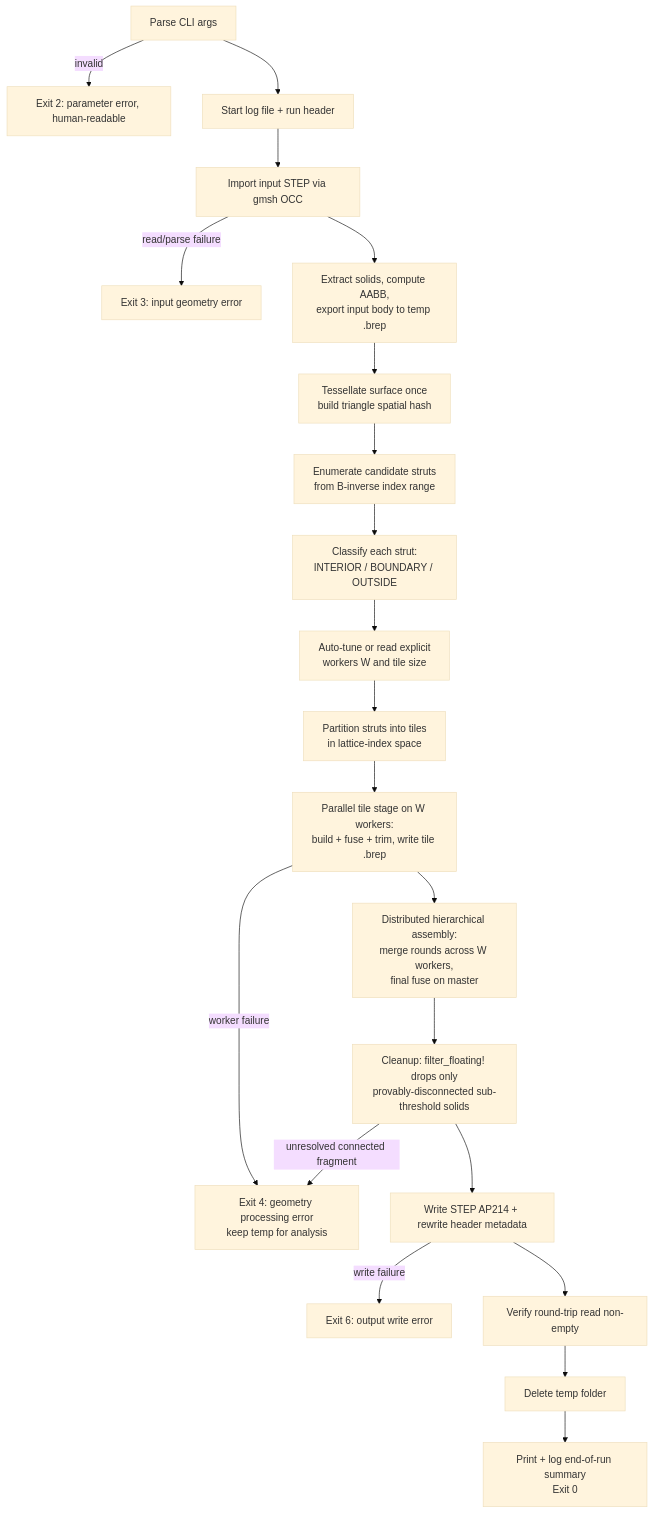
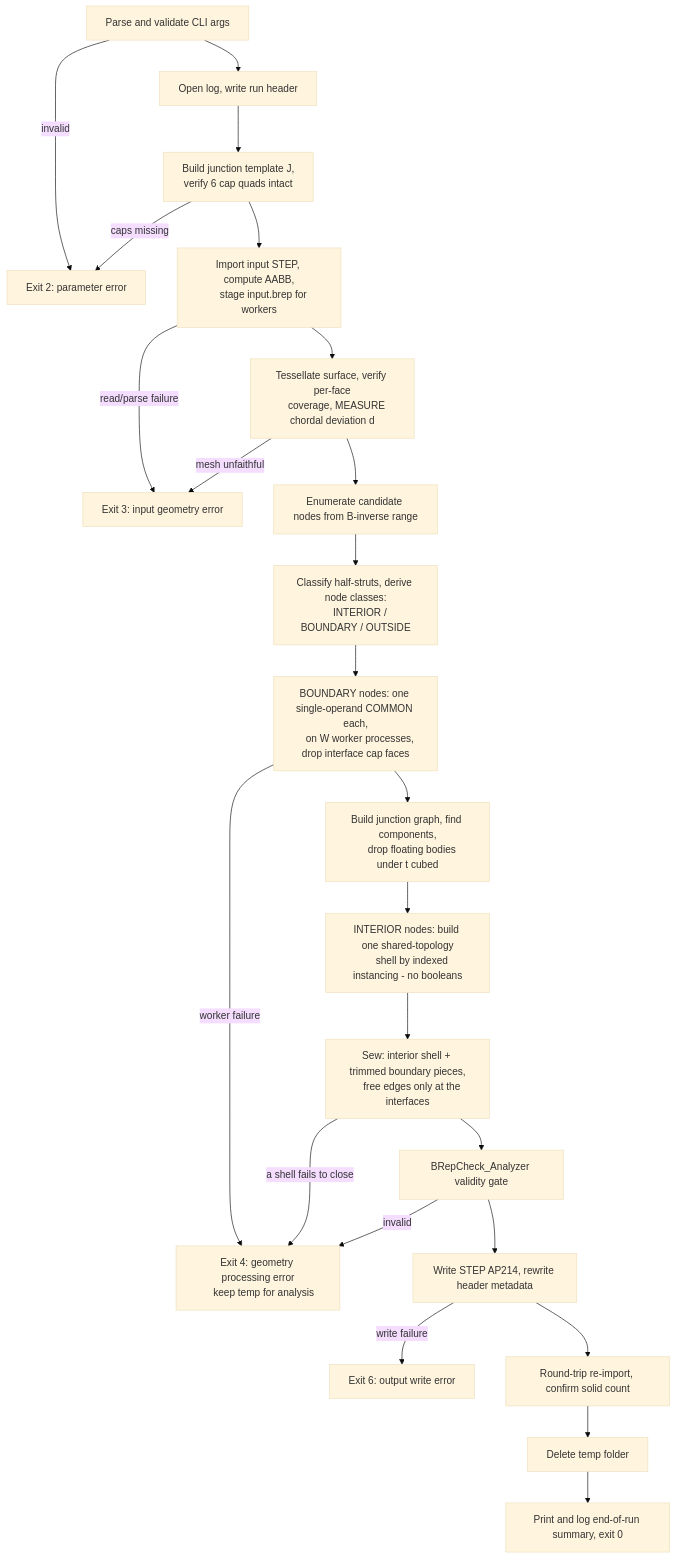
One commit to arnego/latticegen2 changed the first of 2 diagrams in docs/algorithm.md. Above: the diagram before and after it, drawn with Mermaid (base theme). The commit also changed other lines of this file and 78 other files, not shown here.

````diff
--- a/docs/algorithm.md
+++ b/docs/algorithm.md
@@ -169,23 +204,35 @@
 ```mermaid
 flowchart TD
-    A[Parse CLI args] -->|invalid| E1[Exit 2: parameter error, human-readable]
-    A --> B[Start log file + run header]
-    B --> C[Import input STEP via gmsh OCC]
-    C -->|read/parse failure| E2[Exit 3: input geometry error]
-    C --> D[Extract solids, compute AABB,\nexport input body to temp .brep]
-    D --> F[Tessellate surface once\nbuild triangle spatial hash]
-    F --> G[Enumerate candidate struts\nfrom B-inverse index range]
-    G --> H[Classify each strut:\nINTERIOR / BOUNDARY / OUTSIDE]
-    H --> I[Auto-tune or read explicit\nworkers W and tile size]
-    I --> J[Partition struts into tiles\nin lattice-index space]
-    J --> K[Parallel tile stage on W workers:\nbuild + fuse + trim, write tile .brep]
-    K -->|worker failure| E3[Exit 4: geometry processing error\nkeep temp for analysis]
-    K --> L[Distributed hierarchical assembly:\nmerge rounds across W workers,\nfinal fuse on master]
-    L --> M[Cleanup: filter_floating! drops only\nprovably-disconnected sub-threshold solids]
-    M -->|unresolved connected fragment| E3
-    M --> N[Write STEP AP214 + rewrite header metadata]
+    A[Parse and validate CLI args] -->|invalid| E1[Exit 2: parameter error]
+    A --> B[Open log, write run header]
+    B --> C[Build junction template J,
+    verify 6 cap quads intact]
+    C -->|caps missing| E1
+    C --> D[Import input STEP, compute AABB,
+    stage input.brep for workers]
+    D -->|read/parse failure| E2[Exit 3: input geometry error]
+    D --> F[Tessellate surface, verify per-face
+    coverage, MEASURE chordal deviation d]
+    F -->|mesh unfaithful| E2
+    F --> G[Enumerate candidate nodes from B-inverse range]
+    G --> H[Classify half-struts, derive node classes:
+    INTERIOR / BOUNDARY / OUTSIDE]
+    H --> I[BOUNDARY nodes: one single-operand COMMON each,
+    on W worker processes, drop interface cap faces]
+    I -->|worker failure| E3[Exit 4: geometry processing error
+    keep temp for analysis]
+    I --> J[Build junction graph, find components,
+    drop floating bodies under t cubed]
+    J --> K[INTERIOR nodes: build one shared-topology
+    shell by indexed instancing - no booleans]
+    K --> L[Sew: interior shell + trimmed boundary pieces,
+    free edges only at the interfaces]
+    L -->|a shell fails to close| E3
+    L --> M[BRepCheck_Analyzer validity gate]
+    M -->|invalid| E3
+    M --> N[Write STEP AP214, rewrite header metadata]
     N -->|write failure| E4[Exit 6: output write error]
-    N --> O[Verify round-trip read non-empty]
+    N --> O[Round-trip re-import, confirm solid count]
     O --> P[Delete temp folder]
-    P --> Q[Print + log end-of-run summary\nExit 0]
+    P --> Q[Print and log end-of-run summary, exit 0]
 ```
````
